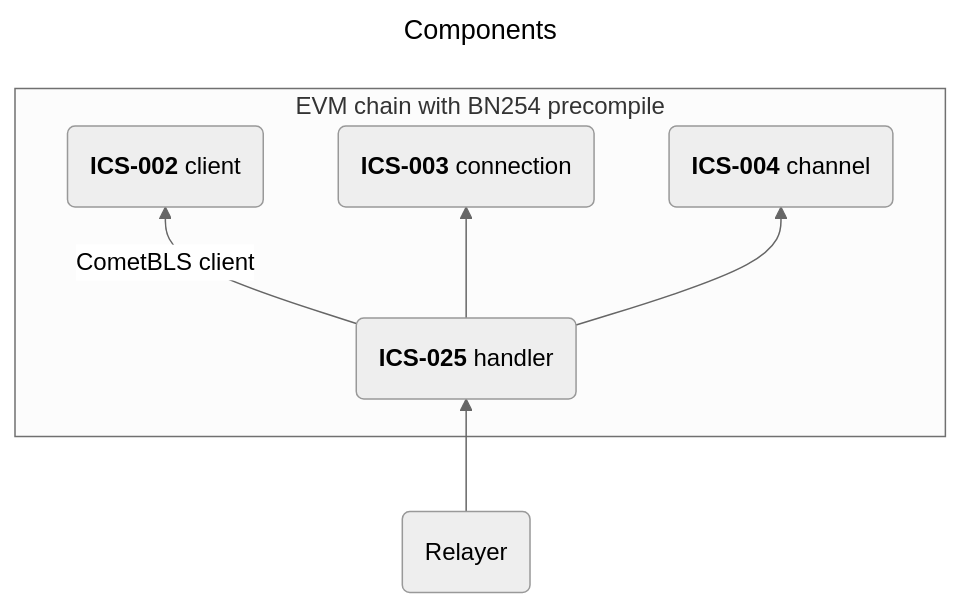
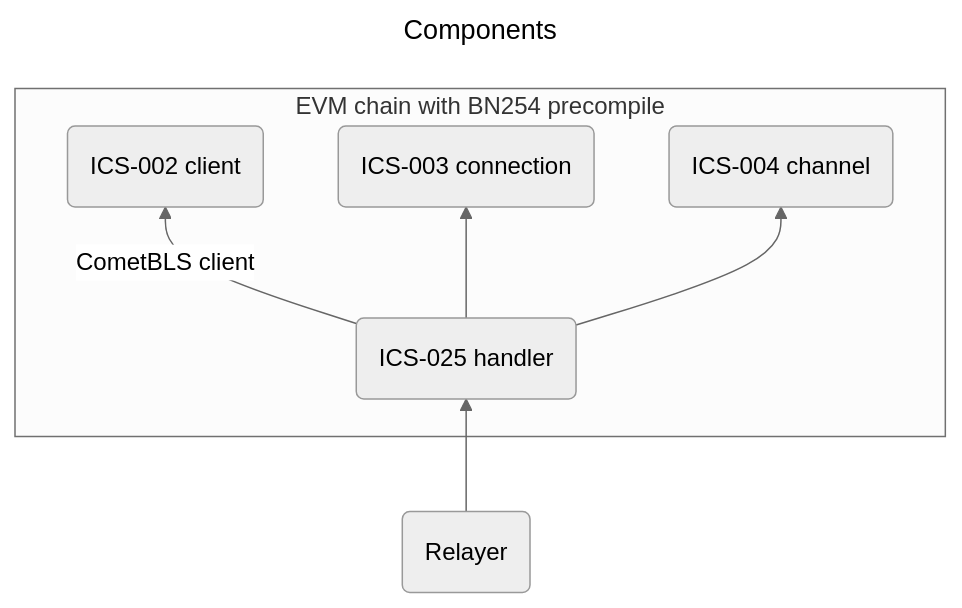
Before and after one commit to unionlabs/union: the first of 2 diagrams in evm/ARCHITECTURE.md, drawn with Mermaid (neutral theme). The commit also changed other lines of this file, not shown here.

Commit message:
docs(evm-architecture): remove formatting that is unsupported by GitHub

````diff
--- a/evm/ARCHITECTURE.md
+++ b/evm/ARCHITECTURE.md
@@ -5,20 +5,20 @@
 ```mermaid
 ---
 title: Components
 ---
 flowchart BT
     relayer(Relayer)
 
     subgraph EVM chain with BN254 precompile
-        client("`**ICS-002** client`")
-        connection("`**ICS-003** connection`")
-        channel("`**ICS-004** channel`")
-        handler("`**ICS-025** handler`")
+        client(ICS-002 client)
+        connection(ICS-003 connection)
+        channel(ICS-004 channel)
+        handler(ICS-025 handler)
     end
 
     handler -- CometBLS client --> client
     handler --> connection
     handler --> channel
     relayer --> handler
 
 ```
````
